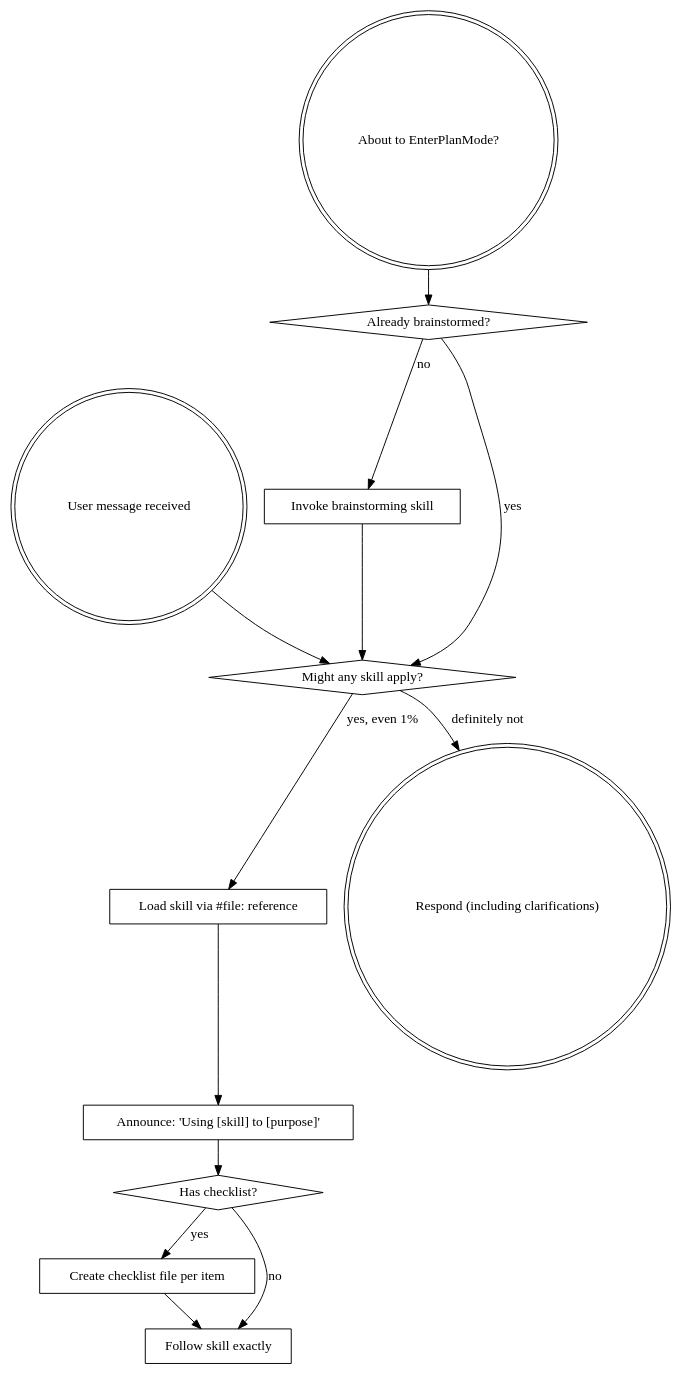
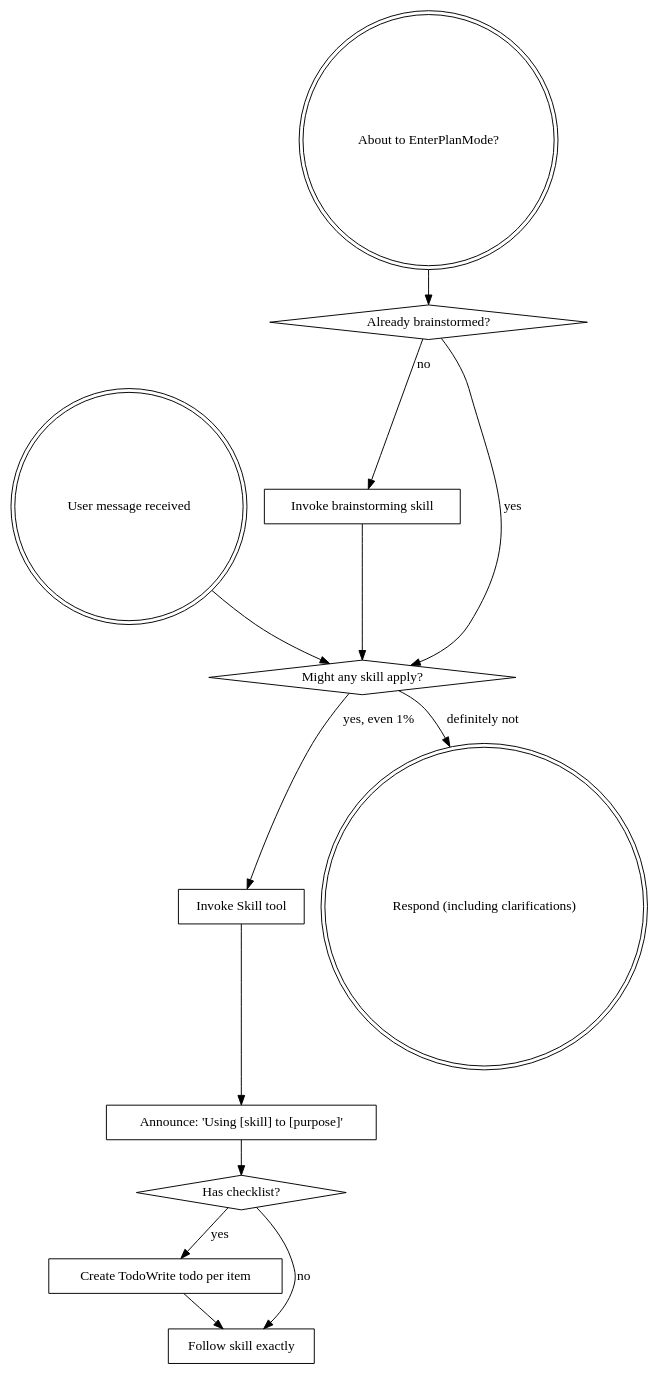
The diagram in src/agent_superpowers/superpowers-copilot/skills/using-superpowers/SKILL.md (SamPowerCode/claude-superpowers), drawn with Graphviz before and after one commit. The commit also changed 12 other files, not shown here.

````diff
--- a/src/agent_superpowers/superpowers-copilot/skills/using-superpowers/SKILL.md
+++ b/src/agent_superpowers/superpowers-copilot/skills/using-superpowers/SKILL.md
@@ -51,29 +51,29 @@
 ```dot
 digraph skill_flow {
     "User message received" [shape=doublecircle];
     "About to EnterPlanMode?" [shape=doublecircle];
     "Already brainstormed?" [shape=diamond];
     "Invoke brainstorming skill" [shape=box];
     "Might any skill apply?" [shape=diamond];
-    "Load skill via #file: reference" [shape=box];
+    "Invoke Skill tool" [shape=box];
     "Announce: 'Using [skill] to [purpose]'" [shape=box];
     "Has checklist?" [shape=diamond];
-    "Create checklist file per item" [shape=box];
+    "Create TodoWrite todo per item" [shape=box];
     "Follow skill exactly" [shape=box];
     "Respond (including clarifications)" [shape=doublecircle];
 
     "About to EnterPlanMode?" -> "Already brainstormed?";
     "Already brainstormed?" -> "Invoke brainstorming skill" [label="no"];
     "Already brainstormed?" -> "Might any skill apply?" [label="yes"];
     "Invoke brainstorming skill" -> "Might any skill apply?";
 
     "User message received" -> "Might any skill apply?";
-    "Might any skill apply?" -> "Load skill via #file: reference" [label="yes, even 1%"];
+    "Might any skill apply?" -> "Invoke Skill tool" [label="yes, even 1%"];
     "Might any skill apply?" -> "Respond (including clarifications)" [label="definitely not"];
-    "Load skill via #file: reference" -> "Announce: 'Using [skill] to [purpose]'";
+    "Invoke Skill tool" -> "Announce: 'Using [skill] to [purpose]'";
     "Announce: 'Using [skill] to [purpose]'" -> "Has checklist?";
-    "Has checklist?" -> "Create checklist file per item" [label="yes"];
+    "Has checklist?" -> "Create TodoWrite todo per item" [label="yes"];
     "Has checklist?" -> "Follow skill exactly" [label="no"];
-    "Create checklist file per item" -> "Follow skill exactly";
+    "Create TodoWrite todo per item" -> "Follow skill exactly";
 }
 ```
````
